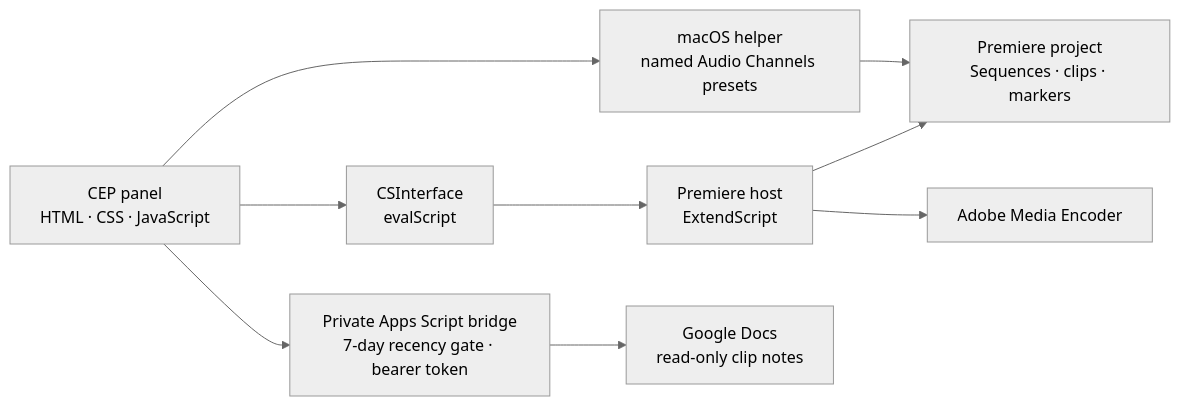
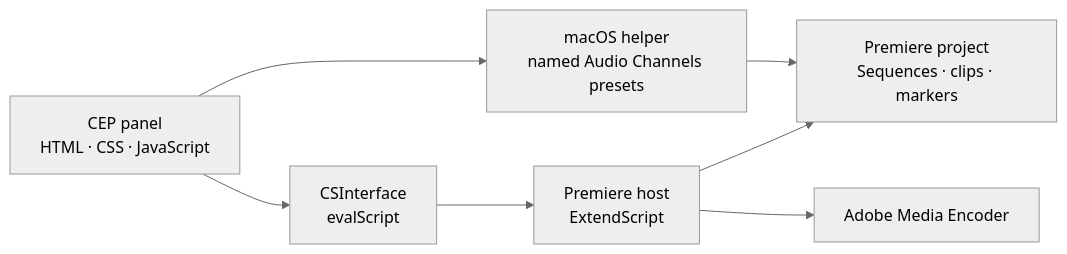
The diagram in README.md (andersaucy/Unscripted-Podcast), drawn with Mermaid (neutral theme) before and after one commit. The commit also changed other lines of this file and 17 other files, not shown here.

````diff
--- a/README.md
+++ b/README.md
@@ -112,17 +105,14 @@
 ```mermaid
 flowchart LR
     UI["CEP panel<br/>HTML · CSS · JavaScript"]
     Bridge["CSInterface<br/>evalScript"]
     Host["Premiere host<br/>ExtendScript"]
     Presets["macOS helper<br/>named Audio Channels presets"]
     PPro["Premiere project<br/>Sequences · clips · markers"]
     AME["Adobe Media Encoder"]
-    Docs["Google Docs<br/>read-only clip notes"]
-    Apps["Private Apps Script bridge<br/>7-day recency gate · bearer token"]
 
     UI --> Bridge --> Host
-    UI --> Apps --> Docs
     UI --> Presets --> PPro
     Host --> PPro
     Host --> AME
 ```
````
